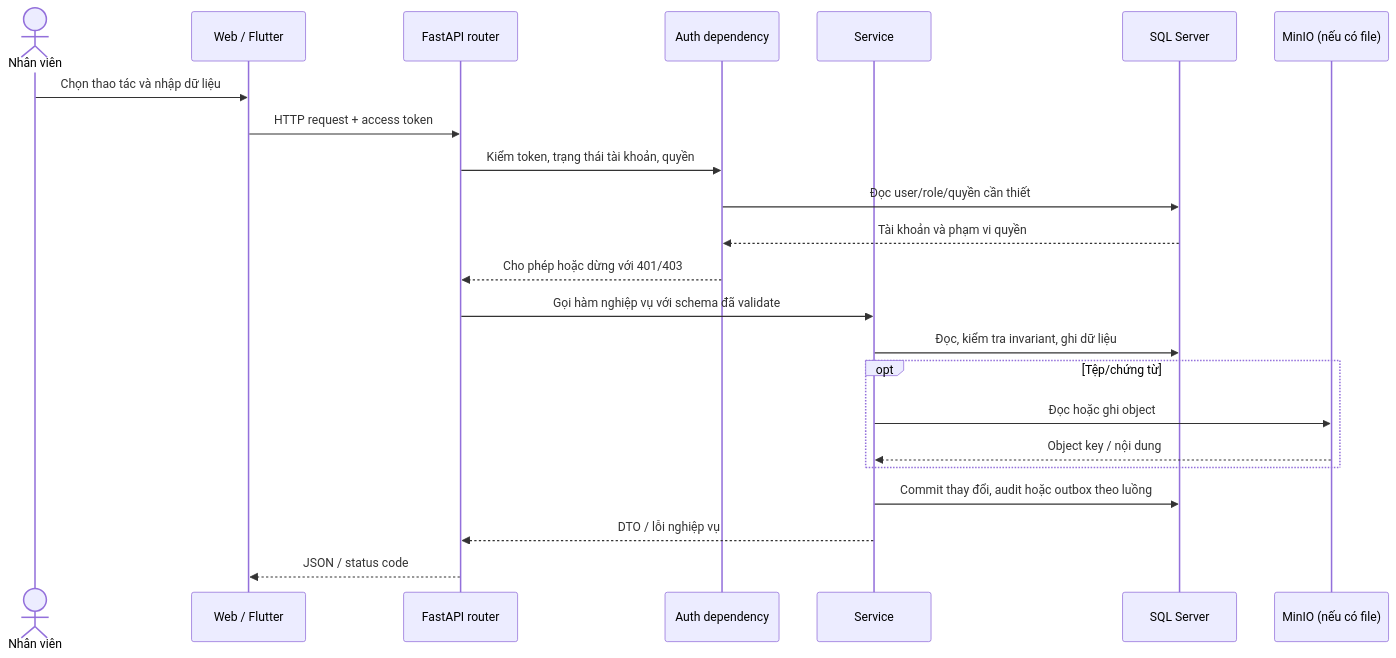
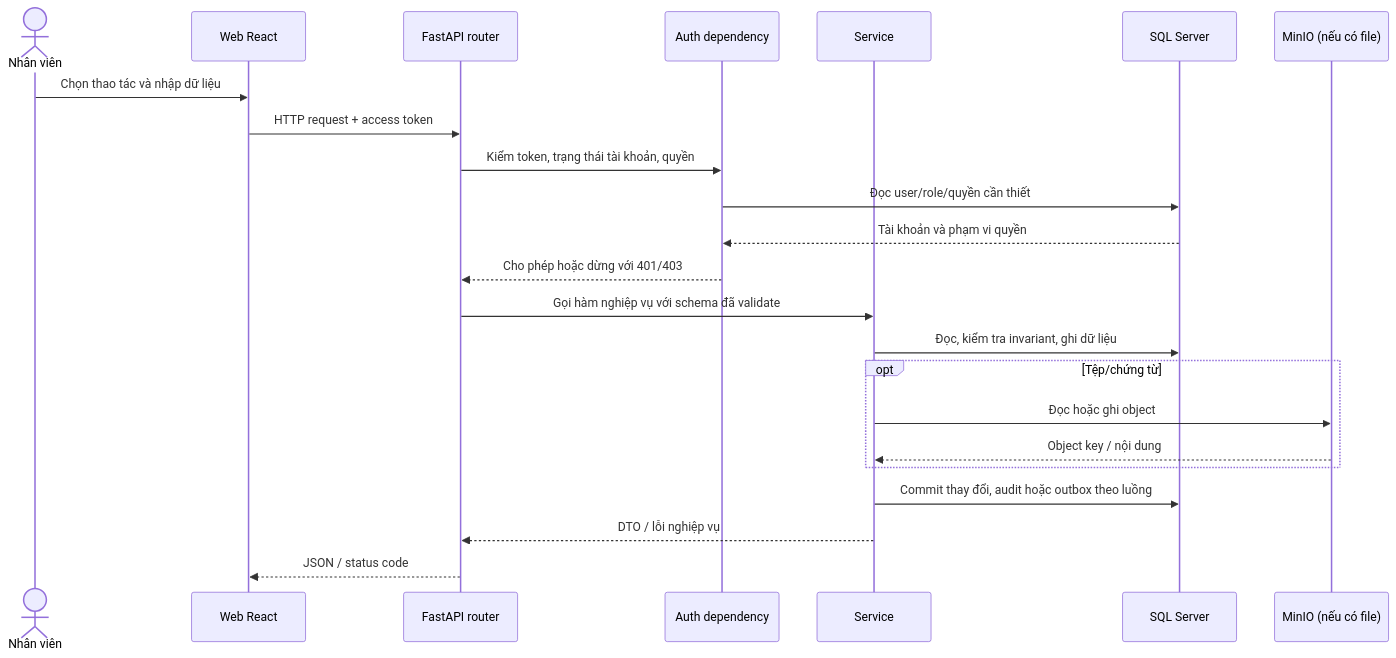
The second of 4 diagrams in docs/ORAL_DEFENSE_CODE_GUIDE.md (huyxuantruong1411/cemetery-management-system), drawn with Mermaid before and after one commit. The commit also changed other lines of this file, not shown here.

````diff
--- a/docs/ORAL_DEFENSE_CODE_GUIDE.md
+++ b/docs/ORAL_DEFENSE_CODE_GUIDE.md
@@ -51,25 +49,25 @@
 ```mermaid
 sequenceDiagram
     actor N as Nhân viên
-    participant UI as Web / Flutter
+    participant UI as Web React
     participant R as FastAPI router
     participant A as Auth dependency
     participant S as Service
     participant D as SQL Server
     participant F as MinIO (nếu có file)
     N->>UI: Chọn thao tác và nhập dữ liệu
     UI->>R: HTTP request + access token
     R->>A: Kiểm token, trạng thái tài khoản, quyền
     A->>D: Đọc user/role/quyền cần thiết
     D-->>A: Tài khoản và phạm vi quyền
     A-->>R: Cho phép hoặc dừng với 401/403
     R->>S: Gọi hàm nghiệp vụ với schema đã validate
     S->>D: Đọc, kiểm tra invariant, ghi dữ liệu
     opt Tệp/chứng từ
         S->>F: Đọc hoặc ghi object
         F-->>S: Object key / nội dung
     end
     S->>D: Commit thay đổi, audit hoặc outbox theo luồng
     S-->>R: DTO / lỗi nghiệp vụ
     R-->>UI: JSON / status code
 ```
````
